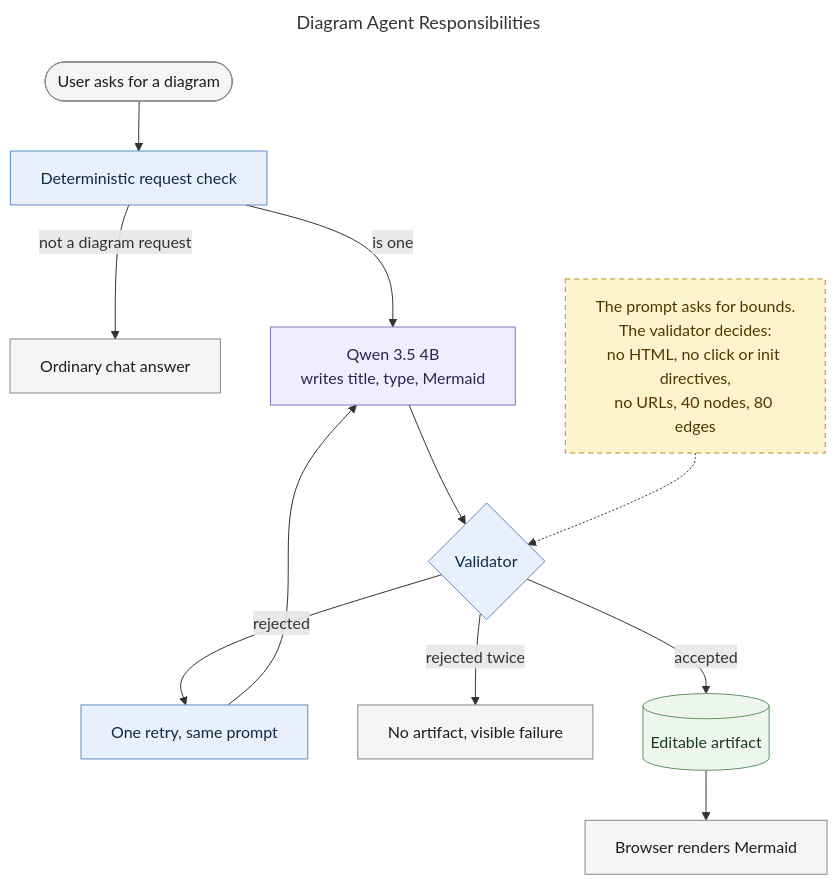
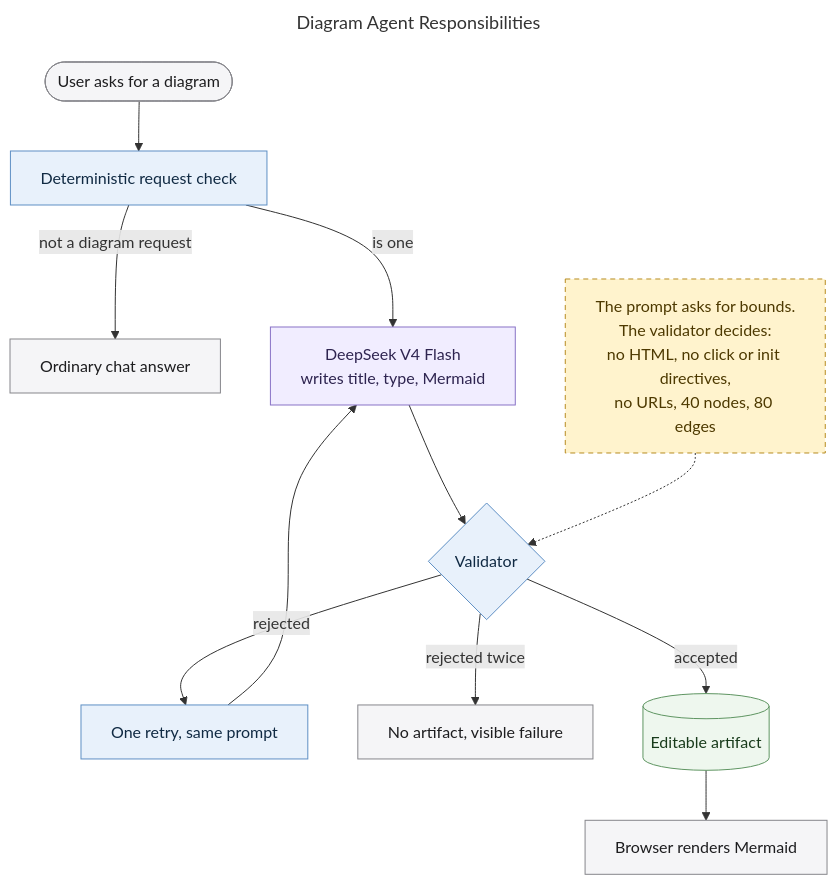
The diagram in docs/diagrams/agent-diagram.mmd (MallyaAni/PersonalAssistant), drawn with Mermaid before and after one commit. The commit also changed 34 other files, not shown here.

First line of the commit message:
Stop the diagrams advertising a model that was retired

```diff
--- a/docs/diagrams/agent-diagram.mmd
+++ b/docs/diagrams/agent-diagram.mmd
@@ -1,27 +1,27 @@
 ---
 title: Diagram Agent Responsibilities
 ---
 flowchart TB
     Ask([User asks for a diagram]) --> Route[Deterministic request check]
     Route -->|not a diagram request| Chat[Ordinary chat answer]
-    Route -->|is one| Model[Qwen 3.5 4B<br/>writes title, type, Mermaid]
+    Route -->|is one| Model[DeepSeek V4 Flash<br/>writes title, type, Mermaid]
     Model --> Validate{Validator}
     Validate -->|rejected| Retry[One retry, same prompt]
     Retry --> Model
     Validate -->|rejected twice| Fail[No artifact, visible failure]
     Validate -->|accepted| Store[(Editable artifact)]
     Store --> Render[Browser renders Mermaid]
 
     Rule[The prompt asks for bounds.<br/>The validator decides:<br/>no HTML, no click or init directives,<br/>no URLs, 40 nodes, 80 edges]
     Rule -.-> Validate
 
     classDef interface fill:#f5f5f7,stroke:#86868b,color:#1d1d1f;
     classDef application fill:#e8f1fb,stroke:#5e8fc4,color:#102a43;
     classDef data fill:#eef7ee,stroke:#5f9562,color:#183b1b;
     classDef model fill:#f1edff,stroke:#8872c6,color:#2e2450;
     classDef warning fill:#fff3cd,stroke:#b78b20,color:#4d3900,stroke-dasharray:5 4;
     class Ask,Chat,Render,Fail interface;
     class Route,Validate,Retry application;
     class Store data;
     class Model model;
     class Rule warning;
```
